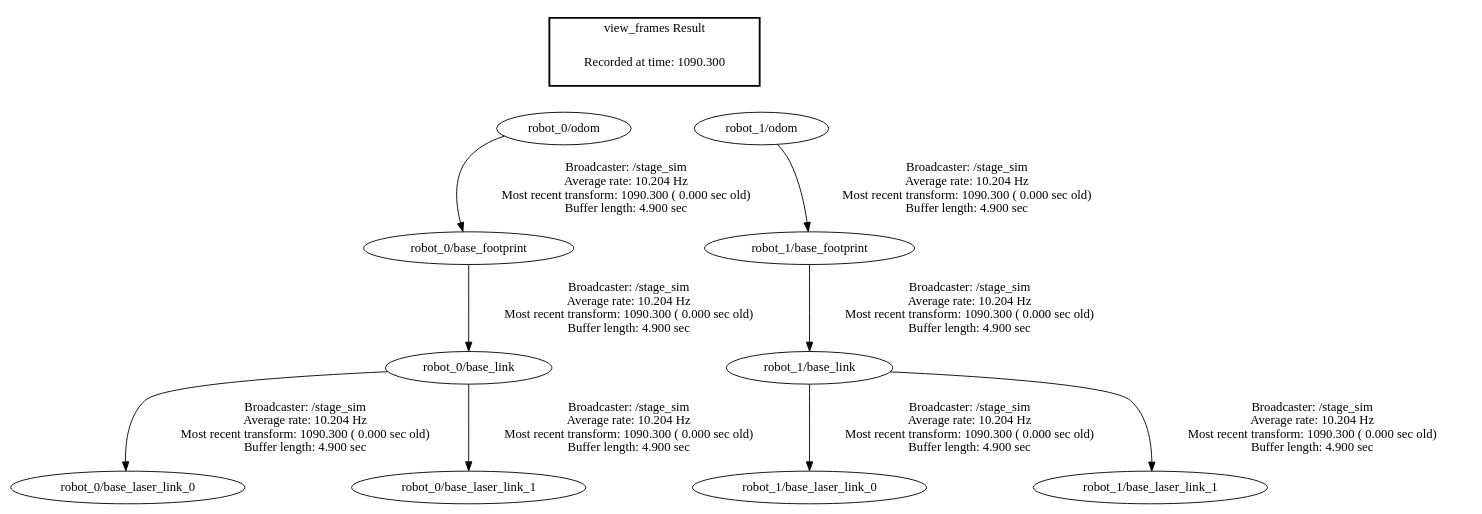
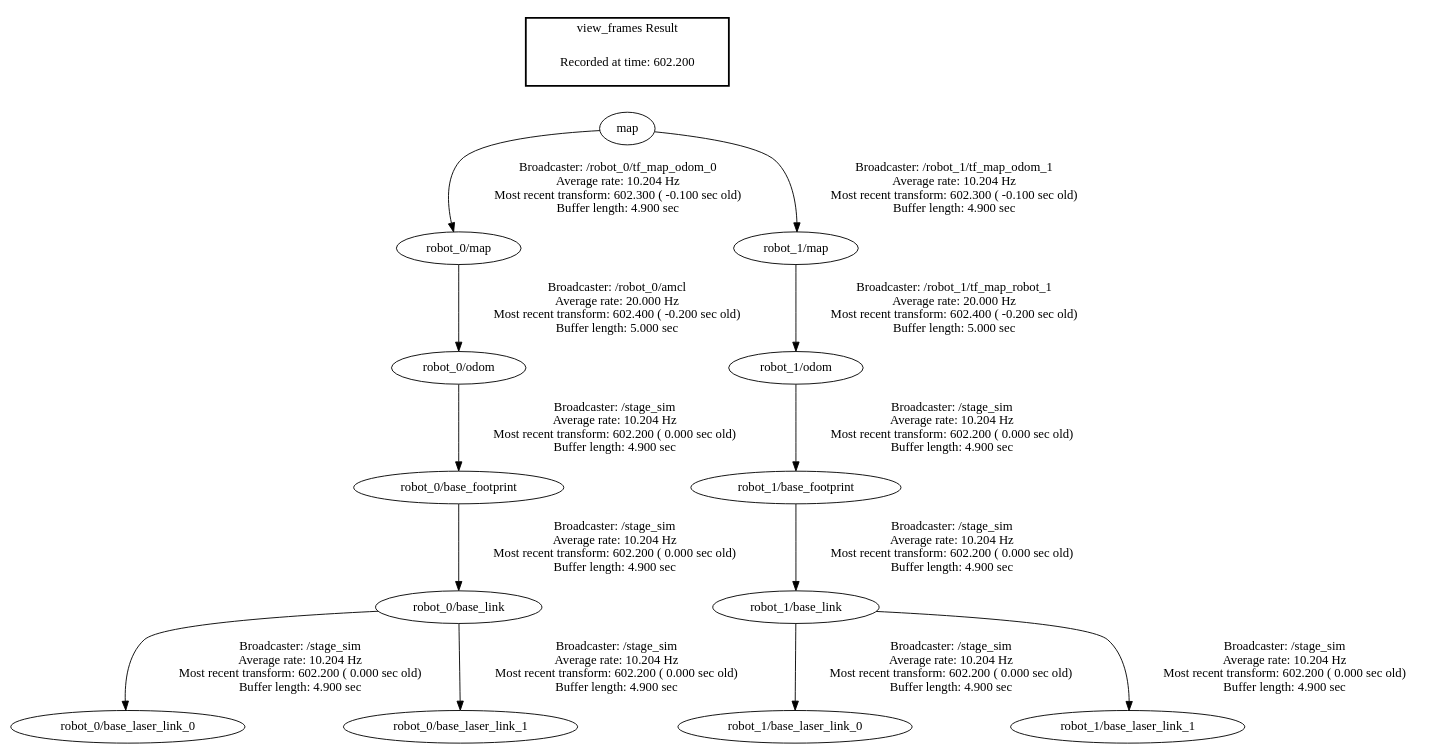
The diagram in multi_stage/frames.gv (jcmayoral/navigation_experiments), drawn with Graphviz before and after one commit. The commit also changed 4 other files, not shown here.

```diff
--- a/multi_stage/frames.gv
+++ b/multi_stage/frames.gv
@@ -1,18 +1,18 @@
 digraph G {
-"robot_0/base_link" -> "robot_0/base_laser_link_0"[label="Broadcaster: /stage_sim\nAverage rate: 10.204 Hz\nMost recent transform: 1090.300 ( 0.000 sec old)\nBuffer length: 4.900 sec\n"];
-"robot_0/base_footprint" -> "robot_0/base_link"[label="Broadcaster: /stage_sim\nAverage rate: 10.204 Hz\nMost recent transform: 1090.300 ( 0.000 sec old)\nBuffer length: 4.900 sec\n"];
-"robot_0/base_link" -> "robot_0/base_laser_link_1"[label="Broadcaster: /stage_sim\nAverage rate: 10.204 Hz\nMost recent transform: 1090.300 ( 0.000 sec old)\nBuffer length: 4.900 sec\n"];
-"robot_0/odom" -> "robot_0/base_footprint"[label="Broadcaster: /stage_sim\nAverage rate: 10.204 Hz\nMost recent transform: 1090.300 ( 0.000 sec old)\nBuffer length: 4.900 sec\n"];
-"robot_1/base_link" -> "robot_1/base_laser_link_0"[label="Broadcaster: /stage_sim\nAverage rate: 10.204 Hz\nMost recent transform: 1090.300 ( 0.000 sec old)\nBuffer length: 4.900 sec\n"];
-"robot_1/base_footprint" -> "robot_1/base_link"[label="Broadcaster: /stage_sim\nAverage rate: 10.204 Hz\nMost recent transform: 1090.300 ( 0.000 sec old)\nBuffer length: 4.900 sec\n"];
-"robot_1/base_link" -> "robot_1/base_laser_link_1"[label="Broadcaster: /stage_sim\nAverage rate: 10.204 Hz\nMost recent transform: 1090.300 ( 0.000 sec old)\nBuffer length: 4.900 sec\n"];
-"robot_1/odom" -> "robot_1/base_footprint"[label="Broadcaster: /stage_sim\nAverage rate: 10.204 Hz\nMost recent transform: 1090.300 ( 0.000 sec old)\nBuffer length: 4.900 sec\n"];
+"robot_0/base_link" -> "robot_0/base_laser_link_0"[label="Broadcaster: /stage_sim\nAverage rate: 10.204 Hz\nMost recent transform: 602.200 ( 0.000 sec old)\nBuffer length: 4.900 sec\n"];
+"robot_0/base_footprint" -> "robot_0/base_link"[label="Broadcaster: /stage_sim\nAverage rate: 10.204 Hz\nMost recent transform: 602.200 ( 0.000 sec old)\nBuffer length: 4.900 sec\n"];
+"robot_0/base_link" -> "robot_0/base_laser_link_1"[label="Broadcaster: /stage_sim\nAverage rate: 10.204 Hz\nMost recent transform: 602.200 ( 0.000 sec old)\nBuffer length: 4.900 sec\n"];
+"robot_0/odom" -> "robot_0/base_footprint"[label="Broadcaster: /stage_sim\nAverage rate: 10.204 Hz\nMost recent transform: 602.200 ( 0.000 sec old)\nBuffer length: 4.900 sec\n"];
+"robot_0/map" -> "robot_0/odom"[label="Broadcaster: /robot_0/amcl\nAverage rate: 20.000 Hz\nMost recent transform: 602.400 ( -0.200 sec old)\nBuffer length: 5.000 sec\n"];
+"robot_1/base_link" -> "robot_1/base_laser_link_0"[label="Broadcaster: /stage_sim\nAverage rate: 10.204 Hz\nMost recent transform: 602.200 ( 0.000 sec old)\nBuffer length: 4.900 sec\n"];
+"robot_1/base_footprint" -> "robot_1/base_link"[label="Broadcaster: /stage_sim\nAverage rate: 10.204 Hz\nMost recent transform: 602.200 ( 0.000 sec old)\nBuffer length: 4.900 sec\n"];
+"robot_1/base_link" -> "robot_1/base_laser_link_1"[label="Broadcaster: /stage_sim\nAverage rate: 10.204 Hz\nMost recent transform: 602.200 ( 0.000 sec old)\nBuffer length: 4.900 sec\n"];
+"robot_1/odom" -> "robot_1/base_footprint"[label="Broadcaster: /stage_sim\nAverage rate: 10.204 Hz\nMost recent transform: 602.200 ( 0.000 sec old)\nBuffer length: 4.900 sec\n"];
+"robot_1/map" -> "robot_1/odom"[label="Broadcaster: /robot_1/tf_map_robot_1\nAverage rate: 20.000 Hz\nMost recent transform: 602.400 ( -0.200 sec old)\nBuffer length: 5.000 sec\n"];
+"map" -> "robot_0/map"[label="Broadcaster: /robot_0/tf_map_odom_0\nAverage rate: 10.204 Hz\nMost recent transform: 602.300 ( -0.100 sec old)\nBuffer length: 4.900 sec\n"];
+"map" -> "robot_1/map"[label="Broadcaster: /robot_1/tf_map_odom_1\nAverage rate: 10.204 Hz\nMost recent transform: 602.300 ( -0.100 sec old)\nBuffer length: 4.900 sec\n"];
 edge [style=invis];
  subgraph cluster_legend { style=bold; color=black; label ="view_frames Result";
-"Recorded at time: 1090.300"[ shape=plaintext ] ;
- }->"robot_0/odom";
-edge [style=invis];
- subgraph cluster_legend { style=bold; color=black; label ="view_frames Result";
-"Recorded at time: 1090.300"[ shape=plaintext ] ;
- }->"robot_1/odom";
+"Recorded at time: 602.200"[ shape=plaintext ] ;
+ }->"map";
 }
```
